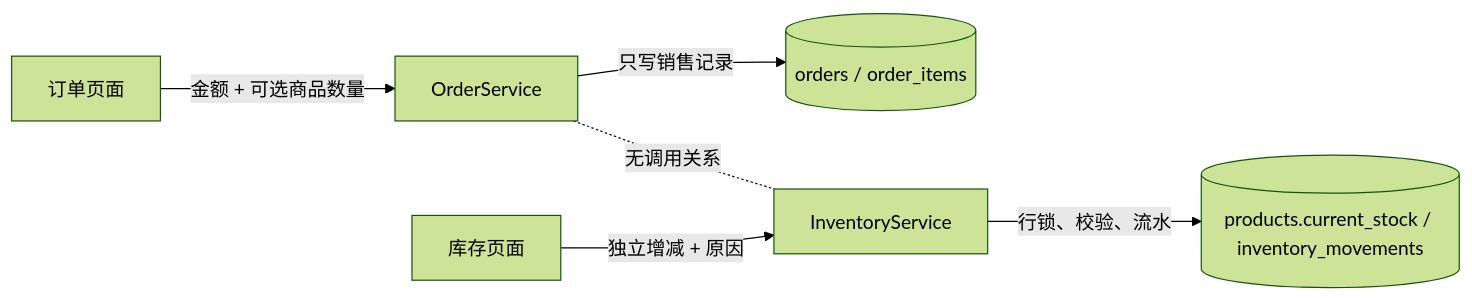
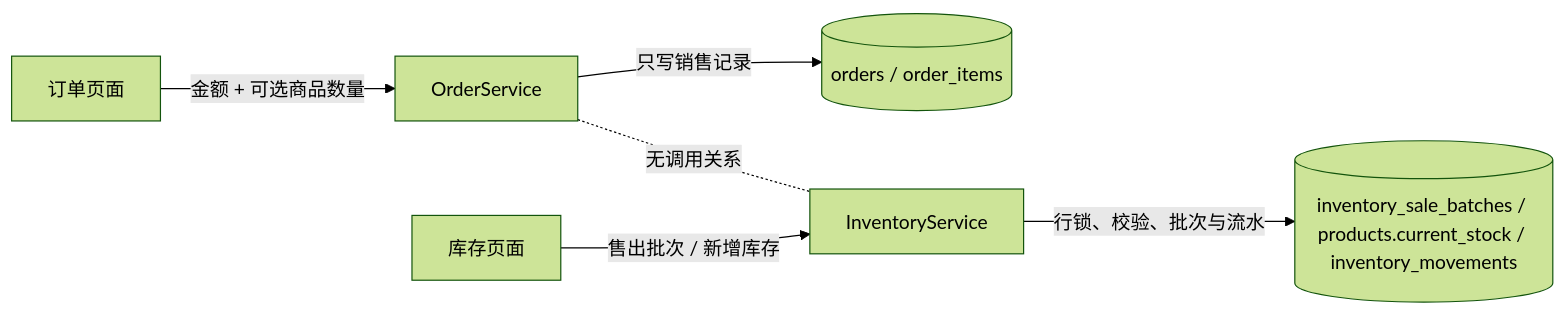
The second of 2 diagrams in docs/architecture.md (SleeeeepKing/inventory-art), drawn with Mermaid (forest theme) before and after one commit. The commit also changed other lines of this file and 51 other files, not shown here.

````diff
--- a/docs/architecture.md
+++ b/docs/architecture.md
@@ -84,8 +84,8 @@
 ```mermaid
 flowchart LR
     OrdersUI["订单页面"] -->|"金额 + 可选商品数量"| OrderService
     OrderService -->|"只写销售记录"| OrdersDB[("orders / order_items")]
-    InventoryUI["库存页面"] -->|"独立增减 + 原因"| InventoryService
-    InventoryService -->|"行锁、校验、流水"| InventoryDB[("products.current_stock / inventory_movements")]
+    InventoryUI["库存页面"] -->|"售出批次 / 新增库存"| InventoryService
+    InventoryService -->|"行锁、校验、批次与流水"| InventoryDB[("inventory_sale_batches / products.current_stock / inventory_movements")]
     OrderService -. "无调用关系" .- InventoryService
 ```
````
